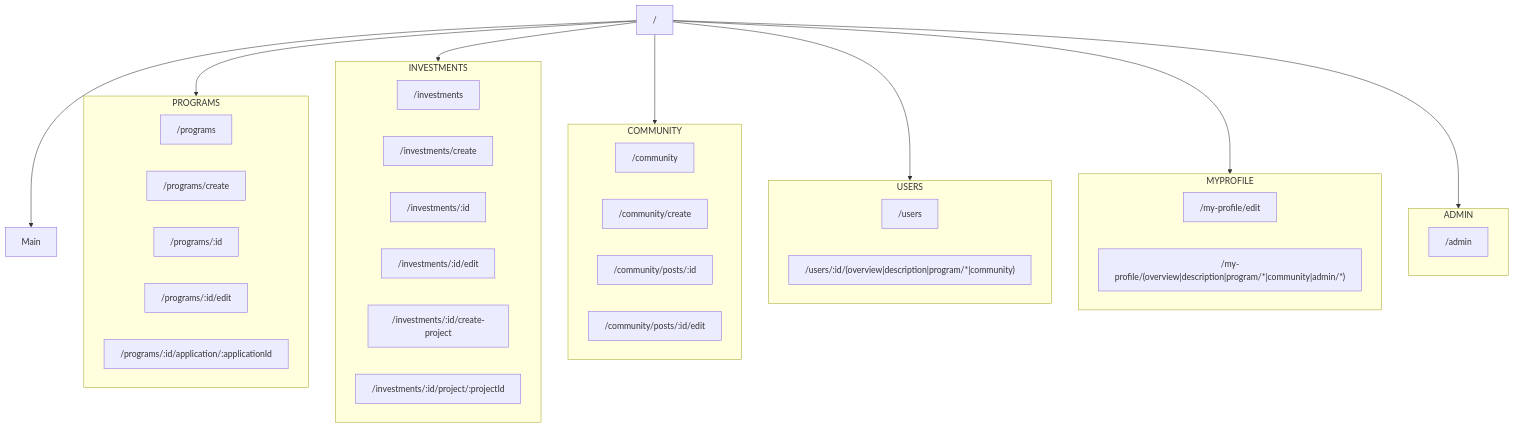
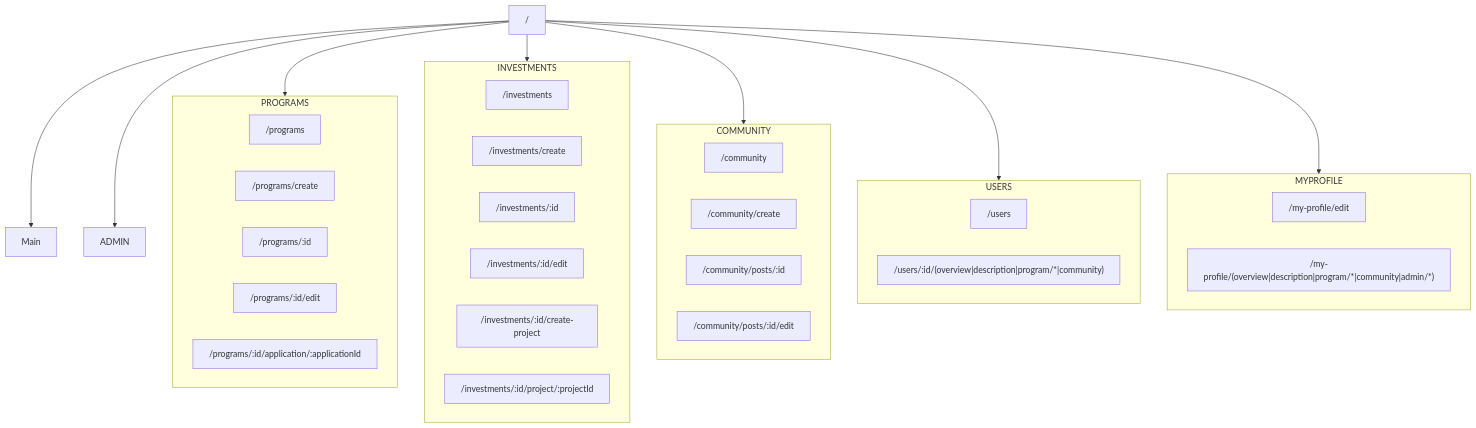
One commit to Ludium-Official/ludium-portal changed the second of 4 diagrams in docs/frontend-architecture.md. Above: the diagram before and after it, drawn with Mermaid. The commit also changed other lines of this file, not shown here.

````diff
--- a/docs/frontend-architecture.md
+++ b/docs/frontend-architecture.md
@@ -153,48 +153,44 @@
 ```mermaid
 flowchart TB
   R["/"] --> MAIN[Main]
   R --> PROGRAMS
   R --> INVESTMENTS
   R --> COMMUNITY
   R --> USERS
   R --> MYPROFILE
   R --> ADMIN
 
   subgraph PROGRAMS
     P0["/programs"]
     P1["/programs/create"]
     P2["/programs/:id"]
     P3["/programs/:id/edit"]
     P4["/programs/:id/application/:applicationId"]
   end
 
   subgraph INVESTMENTS
     I0["/investments"]
     I1["/investments/create"]
     I2["/investments/:id"]
     I3["/investments/:id/edit"]
     I4["/investments/:id/create-project"]
     I5["/investments/:id/project/:projectId"]
   end
 
   subgraph COMMUNITY
     C0["/community"]
     C1["/community/create"]
     C2["/community/posts/:id"]
     C3["/community/posts/:id/edit"]
   end
 
   subgraph USERS
     U0["/users"]
     U1["/users/:id/(overview|description|program/*|community)"]
   end
 
   subgraph MYPROFILE
     M0["/my-profile/edit"]
     M1["/my-profile/(overview|description|program/*|community|admin/*)"]
   end
-
-  subgraph ADMIN
-    A0["/admin"]
-  end
 ```
````
